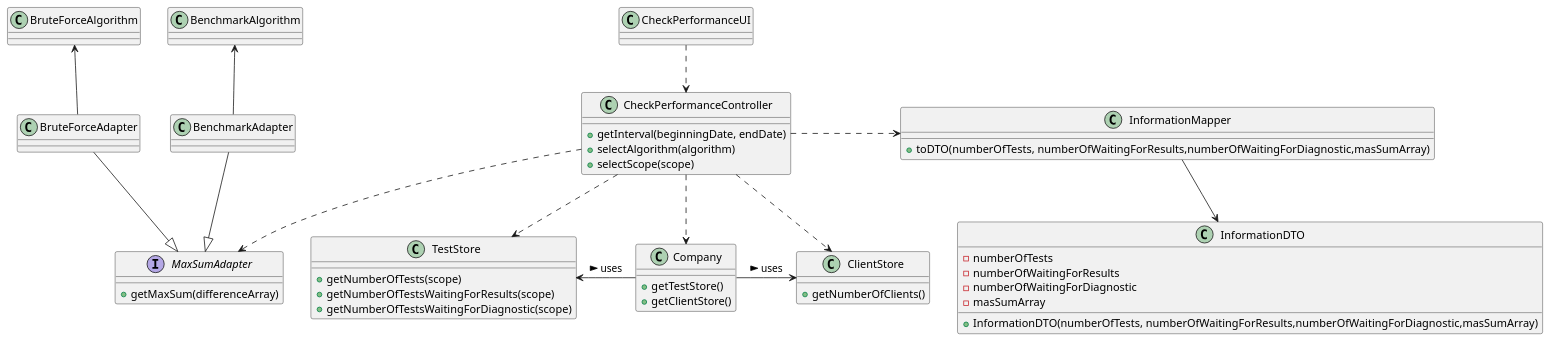
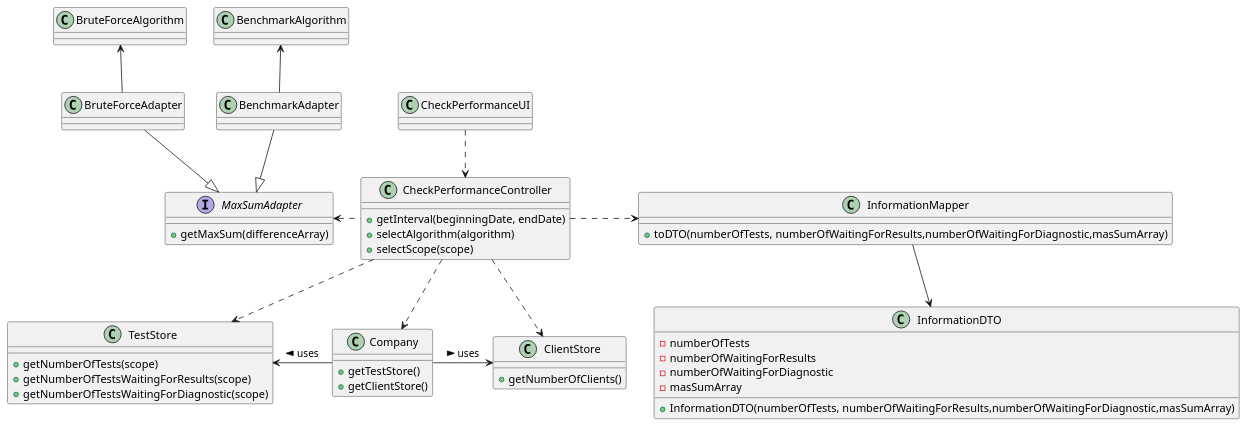
One commit to MarianaCLages/LAPR2 changed the diagram in docs/SprintD/US16/US16_CD.puml. Above: the diagram before and after it, drawn with PlantUML. The commit also changed 3 other files, not shown here.

```diff
--- a/docs/SprintD/US16/US16_CD.puml
+++ b/docs/SprintD/US16/US16_CD.puml
@@ -1,77 +1,77 @@
 @startuml
 'https://plantuml.com/class-diagram
 
 class CheckPerformanceUI{
 }
 
 class CheckPerformanceController{
 +getInterval(beginningDate, endDate)
 +selectAlgorithm(algorithm)
 +selectScope(scope)
 }
 
 class Company{
 +getTestStore()
 +getClientStore()
 }
 
 class ClientStore{
 +getNumberOfClients()
 }
 
 class TestStore{
 +getNumberOfTests(scope)
 +getNumberOfTestsWaitingForResults(scope)
 +getNumberOfTestsWaitingForDiagnostic(scope)
 }
 
 interface MaxSumAdapter{
 +getMaxSum(differenceArray)
 }
 
 class InformationMapper{
 +toDTO(numberOfTests, numberOfWaitingForResults,numberOfWaitingForDiagnostic,masSumArray)
 }
 
 class InformationDTO{
 -numberOfTests
 -numberOfWaitingForResults
 -numberOfWaitingForDiagnostic
 -masSumArray
 +InformationDTO(numberOfTests, numberOfWaitingForResults,numberOfWaitingForDiagnostic,masSumArray)
 }
 
 class BruteForceAdapter{
 }
 
 class BenchmarkAdapter{
 }
 class BruteForceAlgorithm{
 }
 
 class BenchmarkAlgorithm{
 }
 
 CheckPerformanceUI ..> CheckPerformanceController
 CheckPerformanceController ..> Company
 
 Company -> ClientStore: uses >
-TestStore <- Company : uses >
+TestStore <- Company : uses <
 
 CheckPerformanceController ..> ClientStore
 CheckPerformanceController ..> TestStore
 
-CheckPerformanceController ..> MaxSumAdapter
+MaxSumAdapter <. CheckPerformanceController
 
 CheckPerformanceController .> InformationMapper
 InformationMapper --> InformationDTO
 BenchmarkAlgorithm <-- BenchmarkAdapter
 BruteForceAlgorithm <-- BruteForceAdapter
 
 BenchmarkAdapter --|> MaxSumAdapter
 BruteForceAdapter --|> MaxSumAdapter
 
 
 
 
 @enduml
```
